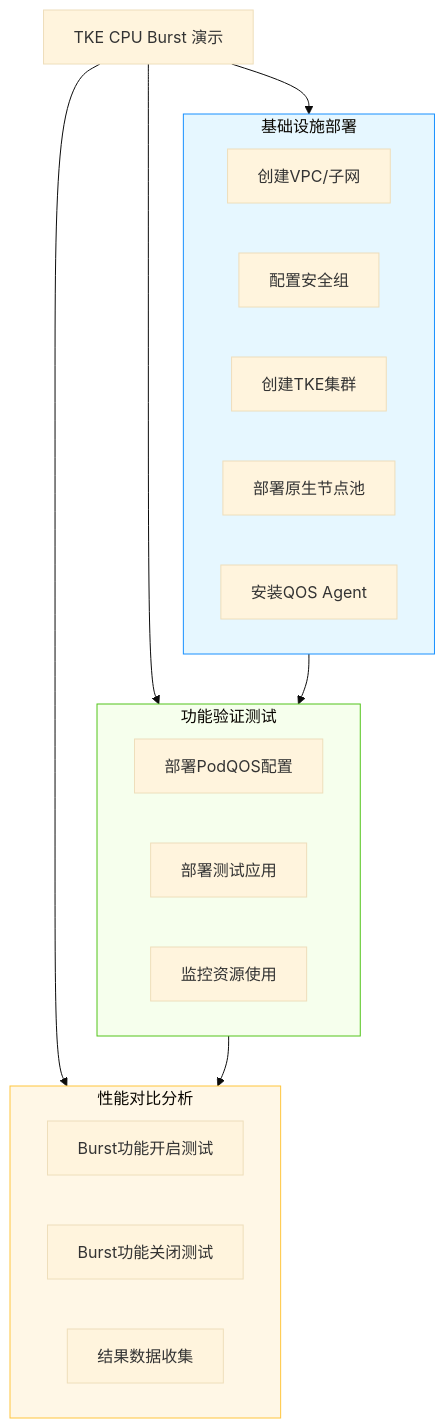
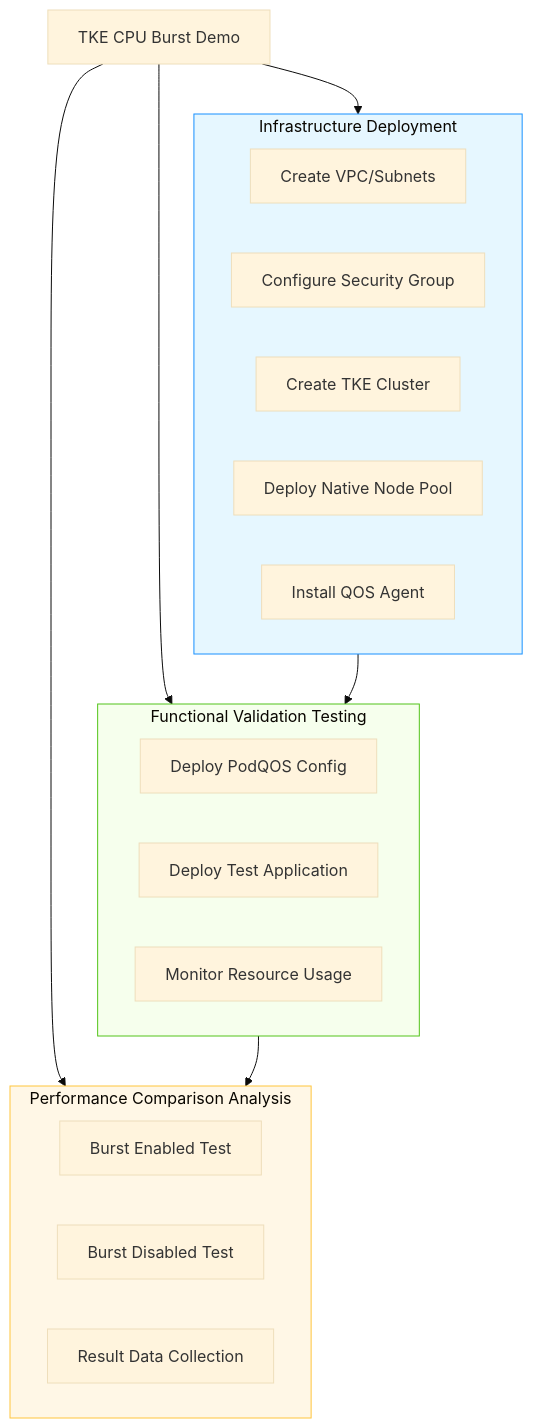
The first of 2 diagrams in README.md (kestrelli/terraform-demo), drawn with Mermaid (base theme) before and after one commit. The commit also changed other lines of this file, not shown here.

````diff
--- a/README.md
+++ b/README.md
@@ -25,43 +28,43 @@
 ```mermaid
 graph TD
-    %% 主框架
-    A[TKE CPU Burst 演示] --> B[基础设施部署]
-    A --> C[功能验证测试]
-    A --> D[性能对比分析]
+    %% Main Framework
+    A[TKE CPU Burst Demo] --> B[Infrastructure Deployment]
+    A --> C[Functional Validation Testing]
+    A --> D[Performance Comparison Analysis]
     
-    %% 基础设施部署
-    subgraph B[基础设施部署]
-        B1[创建VPC/子网]
-        B2[配置安全组]
-        B3[创建TKE集群]
-        B4[部署原生节点池]
-        B5[安装QOS Agent]
+    %% Infrastructure Deployment
+    subgraph B[Infrastructure Deployment]
+        B1[Create VPC/Subnets]
+        B2[Configure Security Group]
+        B3[Create TKE Cluster]
+        B4[Deploy Native Node Pool]
+        B5[Install QOS Agent]
     end
     
-    %% 功能验证
-    subgraph C[功能验证测试]
-        C1[部署PodQOS配置]
-        C2[部署测试应用]
-        C3[监控资源使用]
+    %% Functional Validation
+    subgraph C[Functional Validation Testing]
+        C1[Deploy PodQOS Config]
+        C2[Deploy Test Application]
+        C3[Monitor Resource Usage]
     end
     
-    %% 性能对比
-    subgraph D[性能对比分析]
-        D1[Burst功能开启测试]
-        D2[Burst功能关闭测试]
-        D3[结果数据收集]
+    %% Performance Comparison
+    subgraph D[Performance Comparison Analysis]
+        D1[Burst Enabled Test]
+        D2[Burst Disabled Test]
+        D3[Result Data Collection]
     end
     
-    %% 依赖关系
+    %% Dependencies
     B --> C
     C --> D
     
-    %% 样式定义
+    %% Style Definitions
     classDef infra fill:#e6f7ff,stroke:#1890ff;
     classDef test fill:#f6ffed,stroke:#52c41a;
     classDef analysis fill:#fff7e6,stroke:#ffc53d;
     
     class B infra
     class C test
     class D analysis
 ```
````
